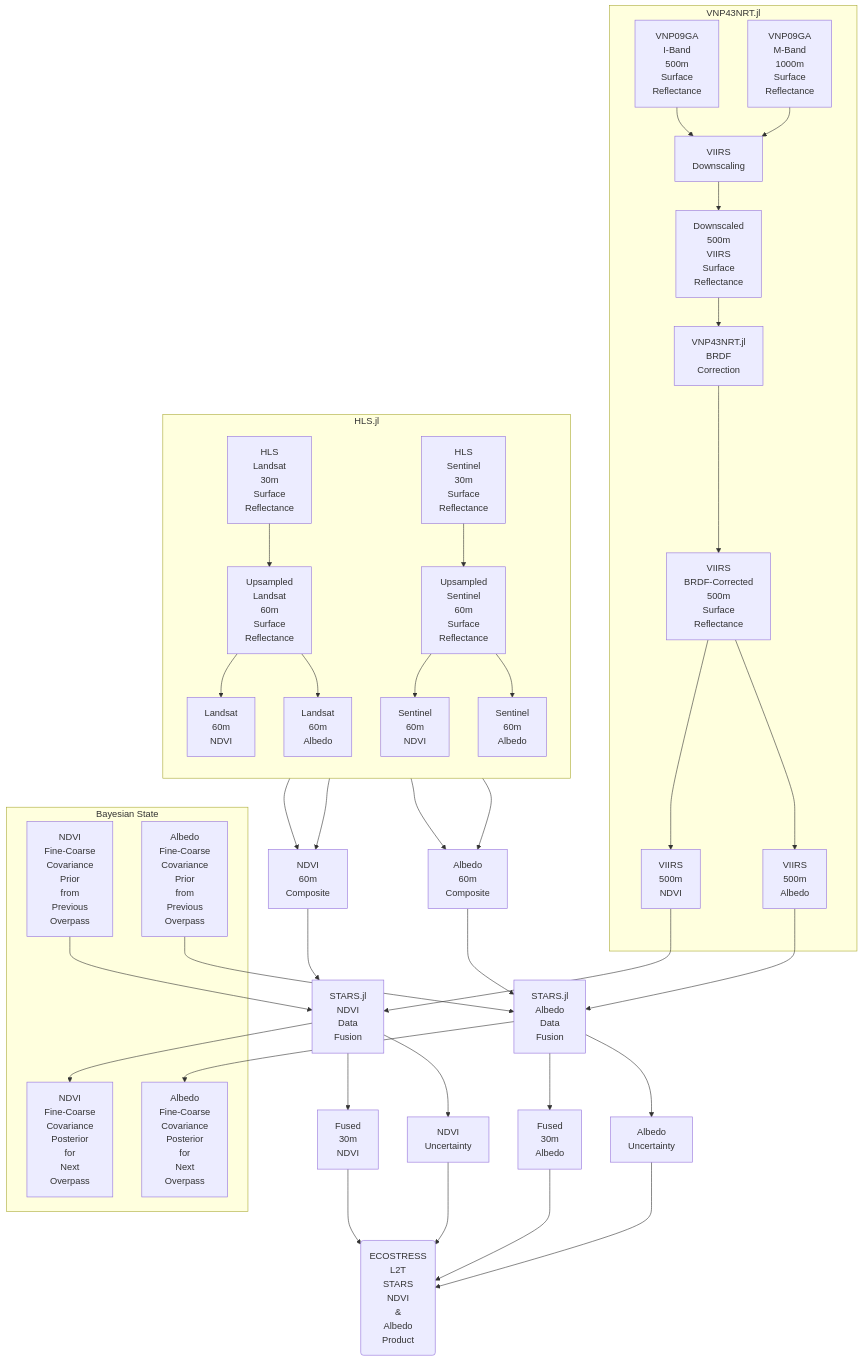
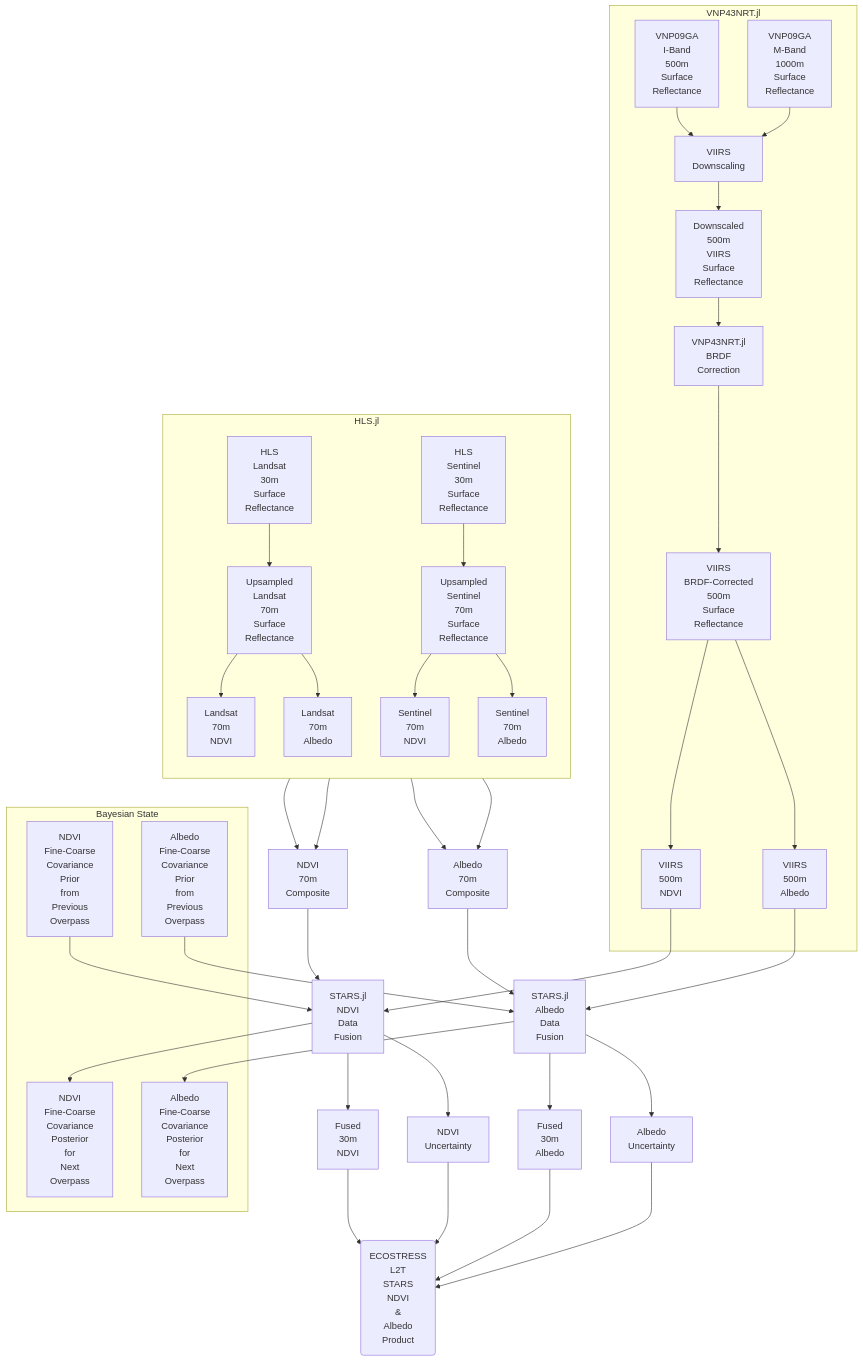
One commit to ECOSTRESS-Collection-3/ECOv003-L2-STARS changed the diagram in README.md. Above: the diagram before and after it, drawn with Mermaid.

Commit message:
70m ECOSTRESS resolution

```diff
--- a/README.md
+++ b/README.md
@@ -52,13 +52,13 @@
     subgraph HLS_aquisition[HLS.jl]
         direction TB
         Landsat_reflectance[HLS<br>Landsat<br>30m<br>Surface<br>Reflectance]
-        Landsat_upsampled[Upsampled<br>Landsat<br>60m<br>Surface<br>Reflectance]
-        Landsat_NDVI[Landsat<br>60m<br>NDVI]
+        Landsat_upsampled[Upsampled<br>Landsat<br>70m<br>Surface<br>Reflectance]
+        Landsat_NDVI[Landsat<br>70m<br>NDVI]
         Sentinel_reflectance[HLS<br>Sentinel<br>30m<br>Surface<br>Reflectance]
-        Sentinel_upsampled[Upsampled<br>Sentinel<br>60m<br>Surface<br>Reflectance]
-        Sentinel_NDVI[Sentinel<br>60m<br>NDVI]
-        Landsat_albedo[Landsat<br>60m<br>Albedo]
-        Sentinel_albedo[Sentinel<br>60m<br>Albedo]
+        Sentinel_upsampled[Upsampled<br>Sentinel<br>70m<br>Surface<br>Reflectance]
+        Sentinel_NDVI[Sentinel<br>70m<br>NDVI]
+        Landsat_albedo[Landsat<br>70m<br>Albedo]
+        Sentinel_albedo[Sentinel<br>70m<br>Albedo]
     end
 
     subgraph bayesian_state[Bayesian State]
@@ -68,12 +68,12 @@
         albedo_covariance_posterior[Albedo<br>Fine-Coarse<br>Covariance<br>Posterior<br>for<br>Next<br>Overpass]
     end
 
-    fine_NDVI_input[NDVI<br>60m<br>Composite]
+    fine_NDVI_input[NDVI<br>70m<br>Composite]
     NDVI_data_fusion[STARS.jl<br>NDVI<br>Data<br>Fusion]
     fine_NDVI_output[Fused<br>30m<br>NDVI]
     fine_NDVI_uncertainty[NDVI<br>Uncertainty]
 
-    fine_albedo_input[Albedo<br>60m<br>Composite]
+    fine_albedo_input[Albedo<br>70m<br>Composite]
     albedo_data_fusion[STARS.jl<br>Albedo<br>Data<br>Fusion]
     fine_albedo_output[Fused<br>30m<br>Albedo]
     fine_albedo_uncertainty[Albedo<br>Uncertainty]
```
